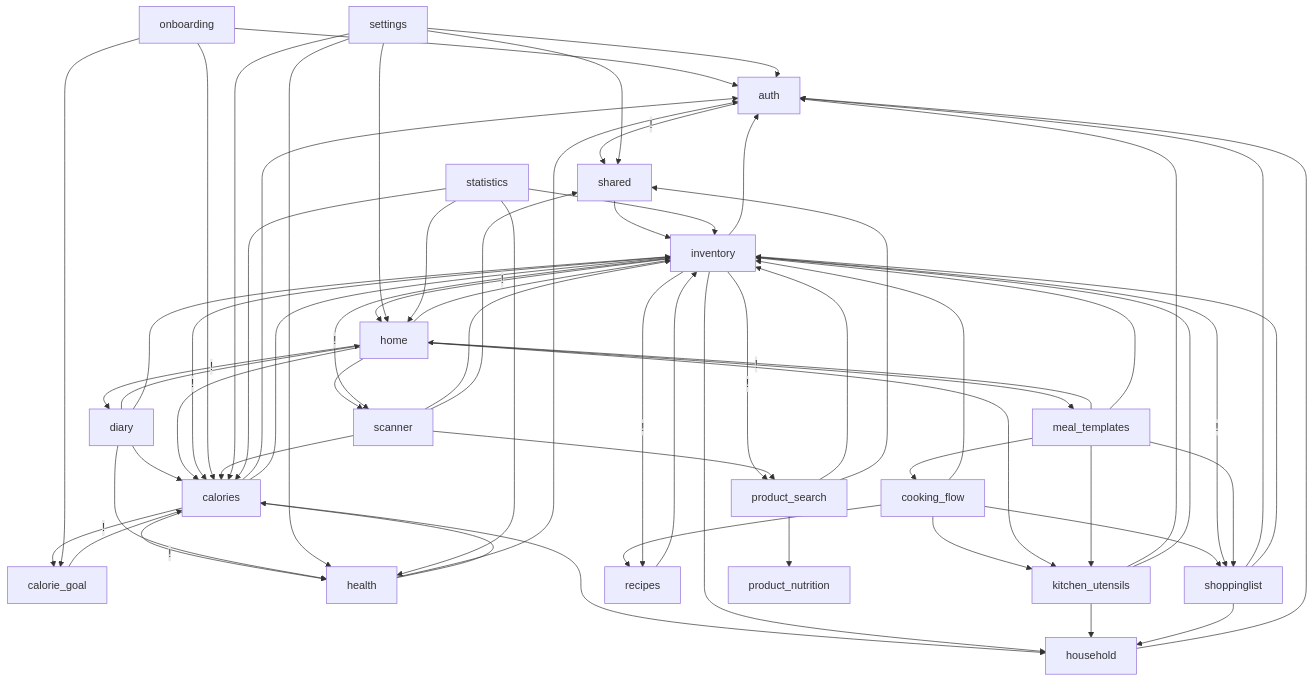
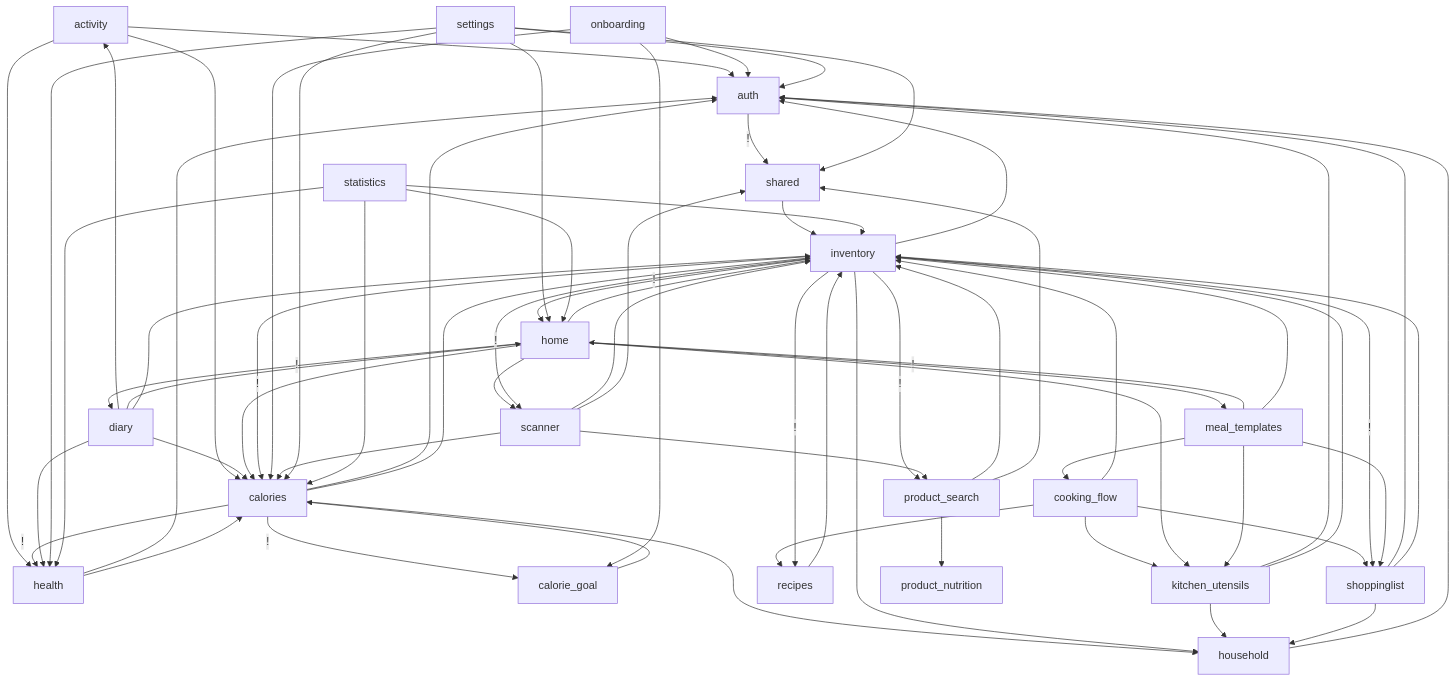
The diagram in lib/features/DEPS.md (repinw/yamt), drawn with Mermaid before and after one commit. The commit also changed other lines of this file and 255 other files, not shown here.

````diff
--- a/lib/features/DEPS.md
+++ b/lib/features/DEPS.md
@@ -6,67 +6,71 @@
 ```mermaid
 flowchart TD;
+activity-->auth;
+activity-->calories;
+activity-->health;
 auth--!-->shared;
 calorie_goal-->calories;
 calories--!-->calorie_goal;
 calories--!-->health;
 calories-->auth;
 calories-->household;
 calories-->inventory;
 cooking_flow-->inventory;
 cooking_flow-->kitchen_utensils;
 cooking_flow-->recipes;
 cooking_flow-->shoppinglist;
+diary-->activity;
 diary-->calories;
 diary-->health;
 diary-->home;
 diary-->inventory;
 health-->auth;
 health-->calories;
 home--!-->diary;
 home--!-->meal_templates;
 home-->calories;
 home-->inventory;
 home-->kitchen_utensils;
 home-->scanner;
 household-->auth;
 inventory--!-->calories;
 inventory--!-->home;
 inventory--!-->product_search;
 inventory--!-->recipes;
 inventory--!-->scanner;
 inventory--!-->shoppinglist;
 inventory-->auth;
 inventory-->household;
 kitchen_utensils-->auth;
 kitchen_utensils-->household;
 kitchen_utensils-->inventory;
 meal_templates-->cooking_flow;
 meal_templates-->home;
 meal_templates-->inventory;
 meal_templates-->kitchen_utensils;
 meal_templates-->shoppinglist;
 onboarding-->auth;
 onboarding-->calorie_goal;
 onboarding-->calories;
 product_search-->inventory;
 product_search-->product_nutrition;
 product_search-->shared;
 recipes-->inventory;
 scanner-->calories;
 scanner-->inventory;
 scanner-->product_search;
 scanner-->shared;
 settings-->auth;
 settings-->calories;
 settings-->health;
 settings-->home;
 settings-->shared;
 shared-->inventory;
 shoppinglist-->auth;
 shoppinglist-->household;
 shoppinglist-->inventory;
 statistics-->calories;
 statistics-->health;
 statistics-->home;
 statistics-->inventory;
 ```
````
